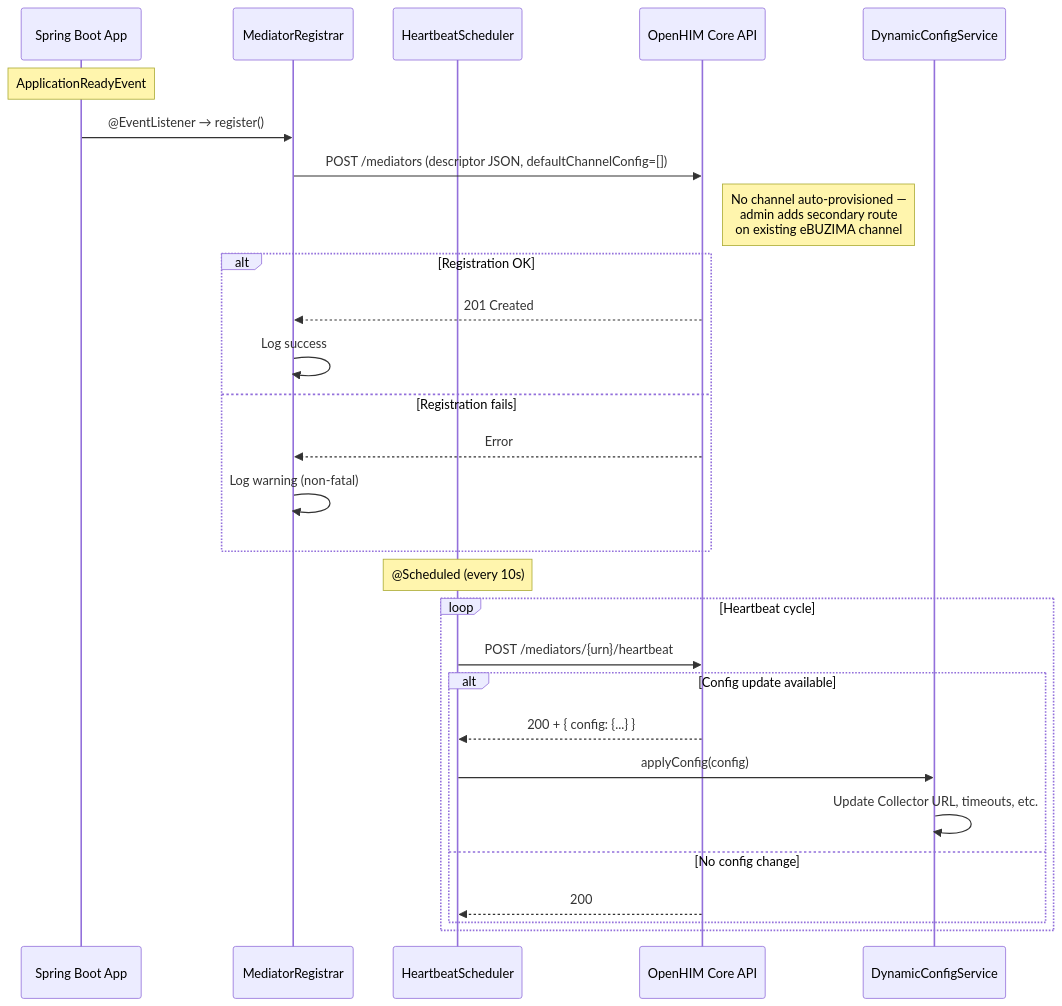
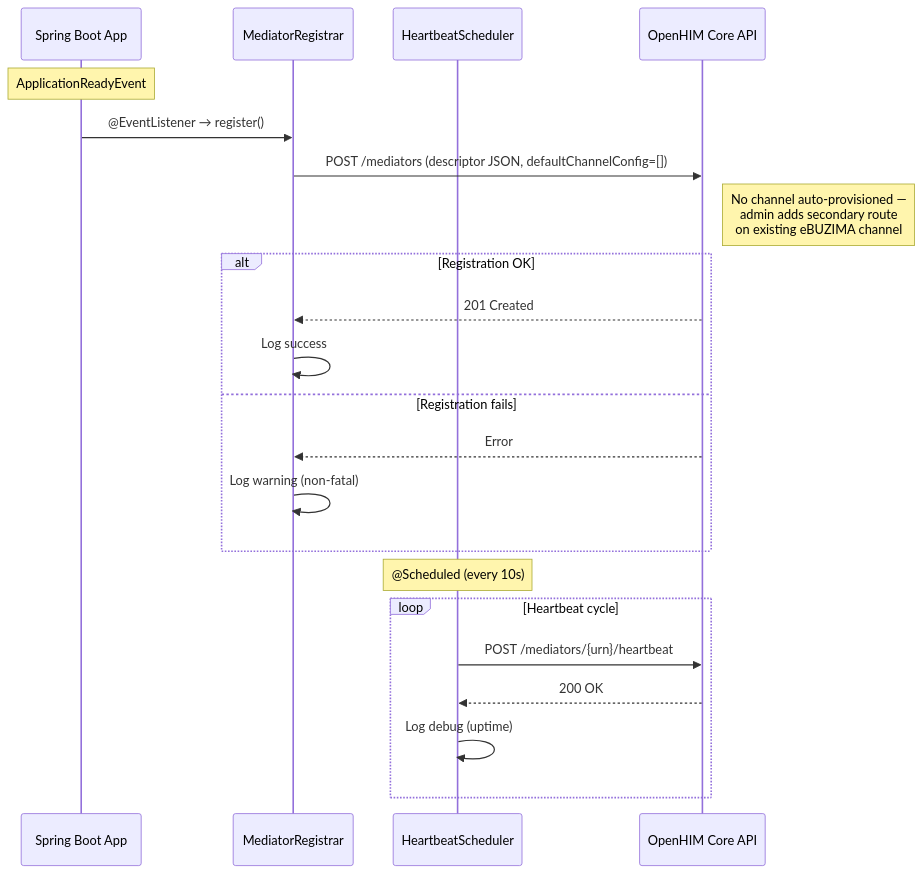
The fifth of 8 diagrams in docs/flow-diagrams.md (Jayaprakash8887/openhim-cce-emitter-adaptor), drawn with Mermaid before and after one commit. The commit also changed other lines of this file and 13 other files, not shown here.

````diff
--- a/docs/flow-diagrams.md
+++ b/docs/flow-diagrams.md
@@ -159,35 +159,29 @@
 ```mermaid
 sequenceDiagram
     participant App as Spring Boot App
     participant Reg as MediatorRegistrar
     participant HB as HeartbeatScheduler
     participant Core as OpenHIM Core API
-    participant DC as DynamicConfigService
 
     Note over App: ApplicationReadyEvent
 
     App->>Reg: @EventListener → register()
     Reg->>Core: POST /mediators (descriptor JSON, defaultChannelConfig=[])
     Note right of Core: No channel auto-provisioned —<br/>admin adds secondary route<br/>on existing eBUZIMA channel
 
     alt Registration OK
         Core-->>Reg: 201 Created
         Reg->>Reg: Log success
     else Registration fails
         Core-->>Reg: Error
         Reg->>Reg: Log warning (non-fatal)
     end
 
     Note over HB: @Scheduled (every 10s)
 
     loop Heartbeat cycle
         HB->>Core: POST /mediators/{urn}/heartbeat
-        alt Config update available
-            Core-->>HB: 200 + { config: {...} }
-            HB->>DC: applyConfig(config)
-            DC->>DC: Update Collector URL, timeouts, etc.
-        else No config change
-            Core-->>HB: 200
-        end
+        Core-->>HB: 200 OK
+        HB->>HB: Log debug (uptime)
     end
 ```
````
